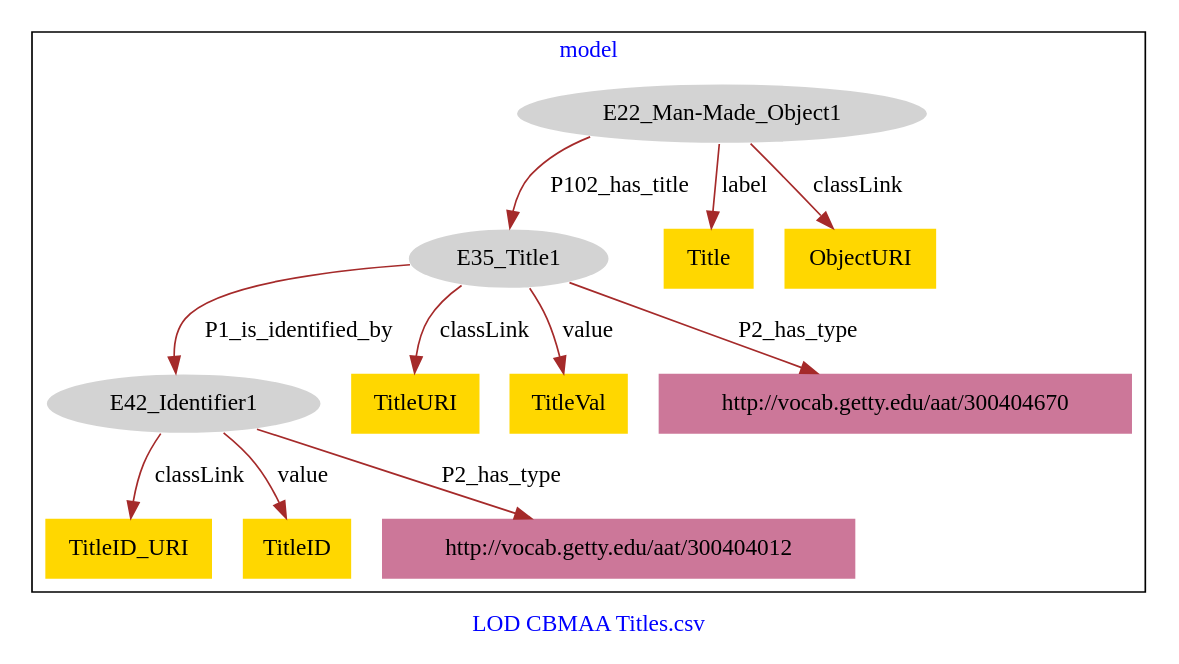
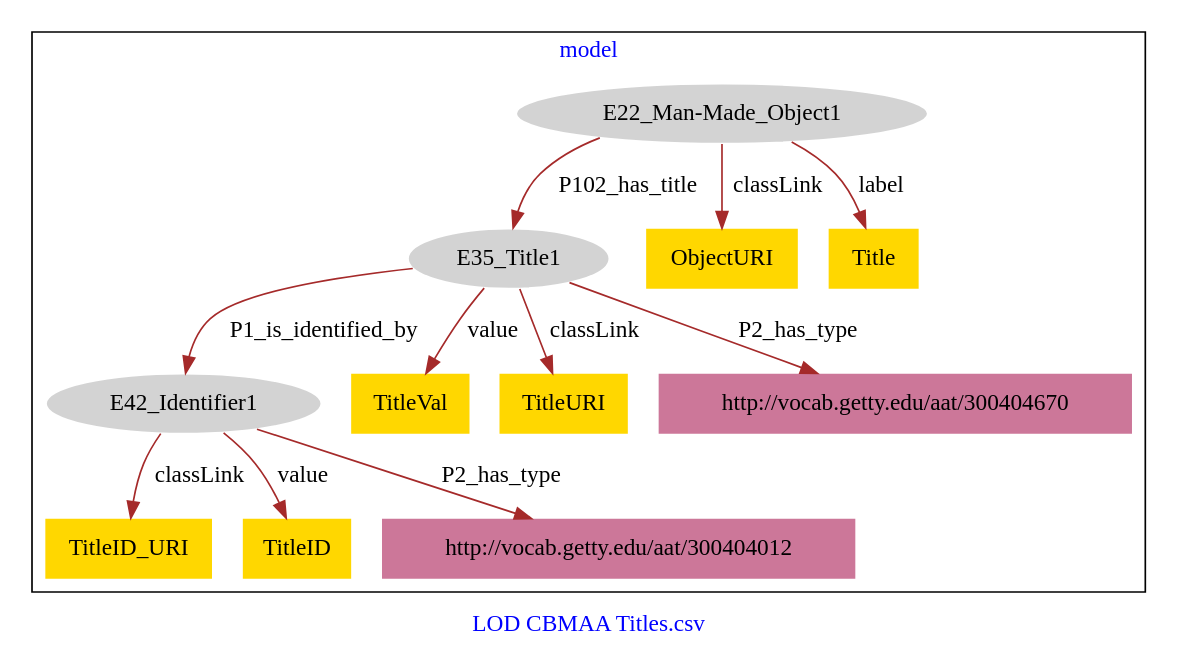
One commit to american-art/cbm changed the diagram in CBMAA_Titles/CBMAA_Titles-model.dot. Above: the diagram before and after it, drawn with Graphviz.

Commit message:
Update file CBMAA_Titles-model.dot

```diff
--- a/CBMAA_Titles/CBMAA_Titles-model.dot
+++ b/CBMAA_Titles/CBMAA_Titles-model.dot
@@ -1,29 +1,29 @@
 digraph n0 {
 fontcolor="blue"
 remincross="true"
 label="LOD CBMAA Titles.csv"
 subgraph cluster {
 label="model"
 n2[style="filled",color="white",fillcolor="lightgray",label="E22_Man-Made_Object1"];
 n3[style="filled",color="white",fillcolor="lightgray",label="E35_Title1"];
 n4[style="filled",color="white",fillcolor="lightgray",label="E42_Identifier1"];
-n5[shape="plaintext",style="filled",fillcolor="gold",label="TitleID_URI"];
-n6[shape="plaintext",style="filled",fillcolor="gold",label="TitleURI"];
-n7[shape="plaintext",style="filled",fillcolor="gold",label="Title"];
-n8[shape="plaintext",style="filled",fillcolor="gold",label="TitleID"];
-n9[shape="plaintext",style="filled",fillcolor="gold",label="TitleVal"];
-n10[shape="plaintext",style="filled",fillcolor="gold",label="ObjectURI"];
+n5[shape="plaintext",style="filled",fillcolor="gold",label="TitleVal"];
+n6[shape="plaintext",style="filled",fillcolor="gold",label="ObjectURI"];
+n7[shape="plaintext",style="filled",fillcolor="gold",label="TitleID_URI"];
+n8[shape="plaintext",style="filled",fillcolor="gold",label="Title"];
+n9[shape="plaintext",style="filled",fillcolor="gold",label="TitleID"];
+n10[shape="plaintext",style="filled",fillcolor="gold",label="TitleURI"];
 n11[shape="plaintext",style="filled",fillcolor="#CC7799",label="http://vocab.getty.edu/aat/300404012"];
 n12[shape="plaintext",style="filled",fillcolor="#CC7799",label="http://vocab.getty.edu/aat/300404670"];
 }
 n2 -> n3[color="brown",fontcolor="black",label="P102_has_title"]
 n3 -> n4[color="brown",fontcolor="black",label="P1_is_identified_by"]
-n4 -> n5[color="brown",fontcolor="black",label="classLink"]
-n3 -> n6[color="brown",fontcolor="black",label="classLink"]
-n2 -> n7[color="brown",fontcolor="black",label="label"]
-n4 -> n8[color="brown",fontcolor="black",label="value"]
-n3 -> n9[color="brown",fontcolor="black",label="value"]
-n2 -> n10[color="brown",fontcolor="black",label="classLink"]
+n3 -> n5[color="brown",fontcolor="black",label="value"]
+n2 -> n6[color="brown",fontcolor="black",label="classLink"]
+n4 -> n7[color="brown",fontcolor="black",label="classLink"]
+n2 -> n8[color="brown",fontcolor="black",label="label"]
+n4 -> n9[color="brown",fontcolor="black",label="value"]
+n3 -> n10[color="brown",fontcolor="black",label="classLink"]
 n4 -> n11[color="brown",fontcolor="black",label="P2_has_type"]
 n3 -> n12[color="brown",fontcolor="black",label="P2_has_type"]
 }
```
